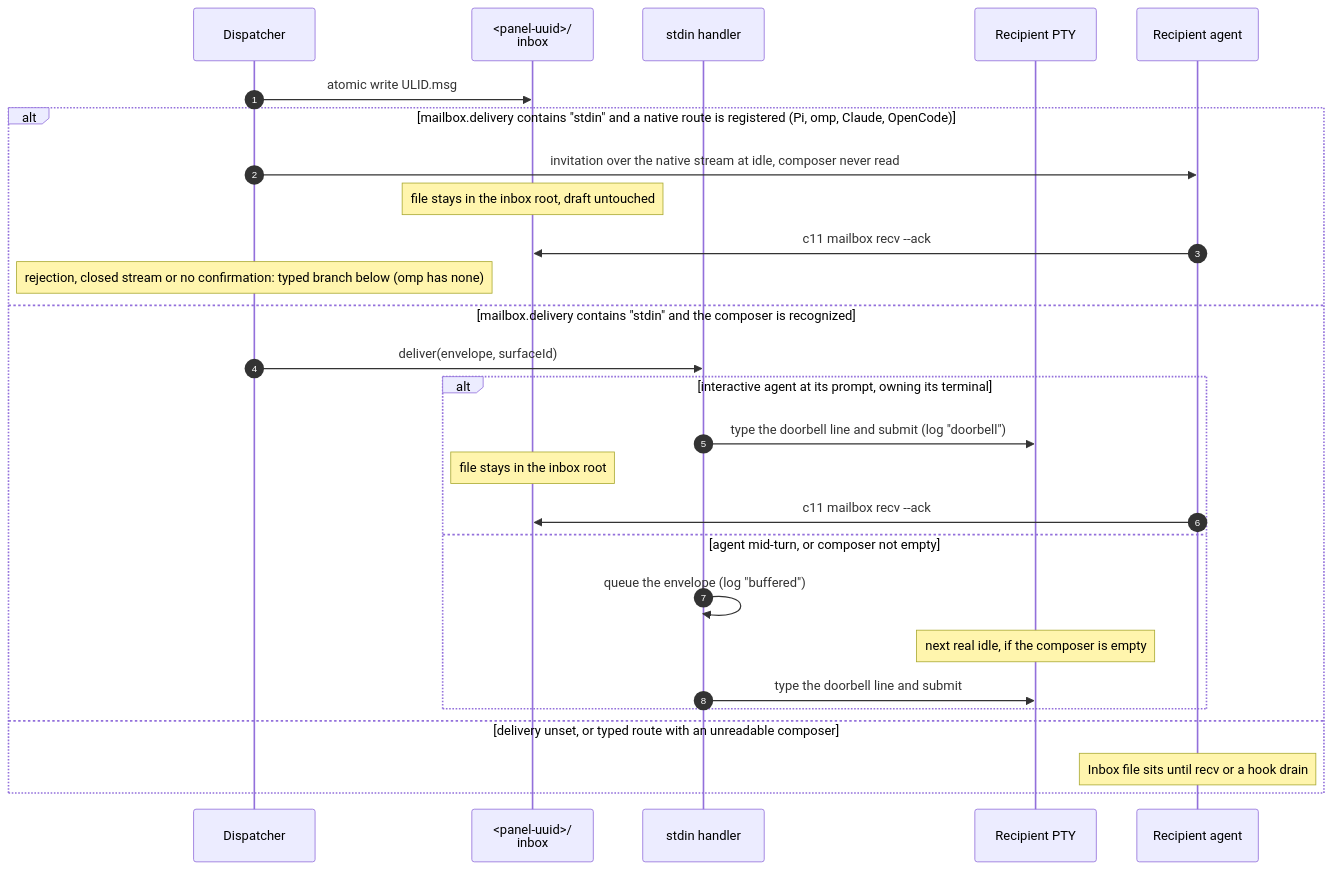
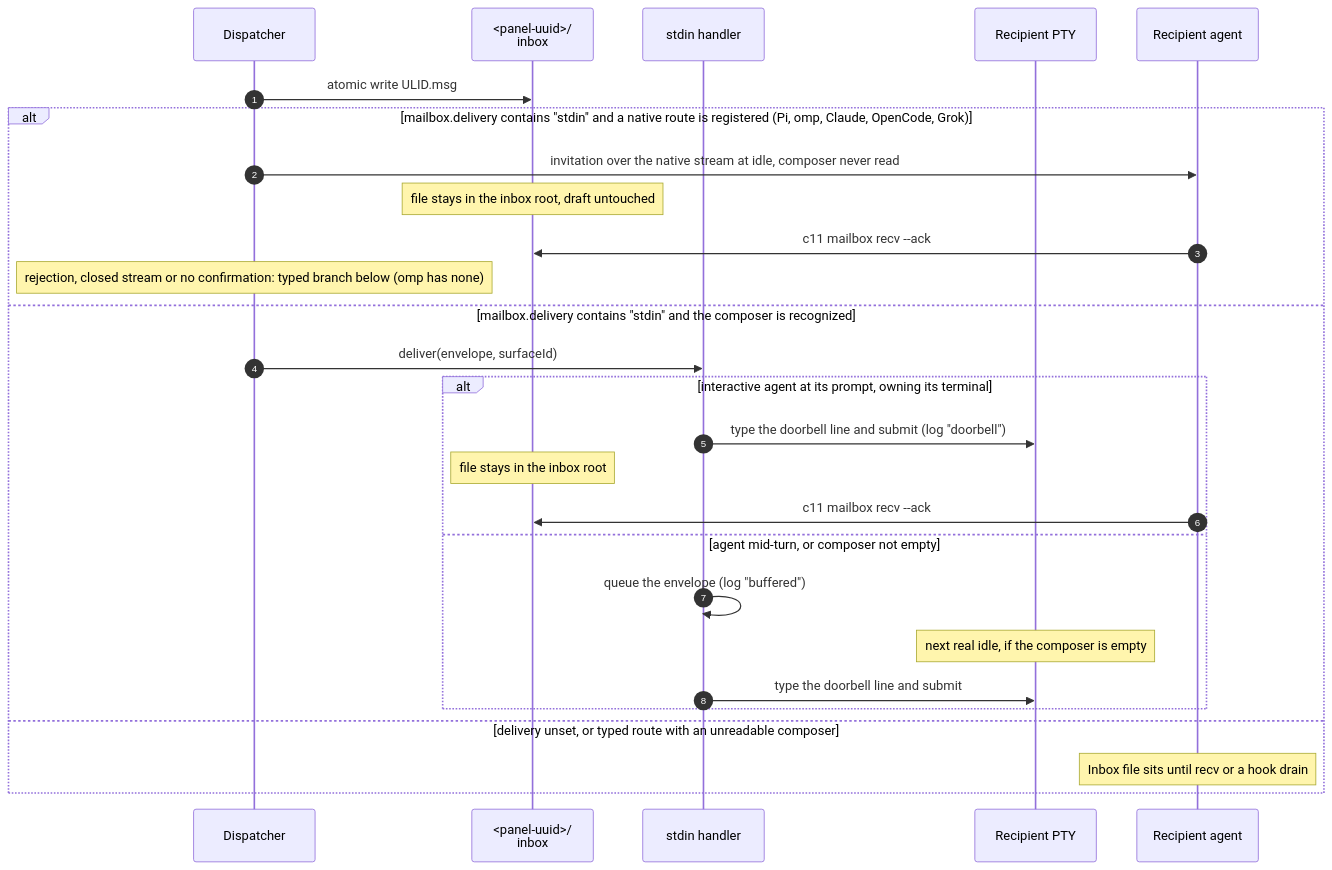
Before and after one commit to Stage-11-Agentics/c11: the third of 6 diagrams in docs/c11-mailbox-guide.md, drawn with Mermaid. The commit also changed other lines of this file and 14 other files, not shown here.

First line of the commit message:
Native mail for Grok through a private leader (C11-477) (#876)

````diff
--- a/docs/c11-mailbox-guide.md
+++ b/docs/c11-mailbox-guide.md
@@ -262,30 +262,30 @@
 ```mermaid
 sequenceDiagram
     autonumber
     participant D as Dispatcher
     participant Inbox as <panel-uuid>/<br/>inbox
     participant SH as stdin handler
     participant PTY as Recipient PTY
     participant Agent as Recipient agent
 
     D->>Inbox: atomic write ULID.msg
-    alt mailbox.delivery contains "stdin" and a native route is registered (Pi, omp, Claude, OpenCode)
+    alt mailbox.delivery contains "stdin" and a native route is registered (Pi, omp, Claude, OpenCode, Grok)
         D->>Agent: invitation over the native stream at idle, composer never read
         Note over Inbox: file stays in the inbox root, draft untouched
         Agent->>Inbox: c11 mailbox recv --ack
         Note over D: rejection, closed stream or no confirmation: typed branch below (omp has none)
     else mailbox.delivery contains "stdin" and the composer is recognized
         D->>SH: deliver(envelope, surfaceId)
         alt interactive agent at its prompt, owning its terminal
             SH->>PTY: type the doorbell line and submit (log "doorbell")
             Note over Inbox: file stays in the inbox root
             Agent->>Inbox: c11 mailbox recv --ack
         else agent mid-turn, or composer not empty
             SH->>SH: queue the envelope (log "buffered")
             Note over PTY: next real idle, if the composer is empty
             SH->>PTY: type the doorbell line and submit
         end
     else delivery unset, or typed route with an unreadable composer
         Note over Agent: Inbox file sits until recv or a hook drain
     end
 ```
````
